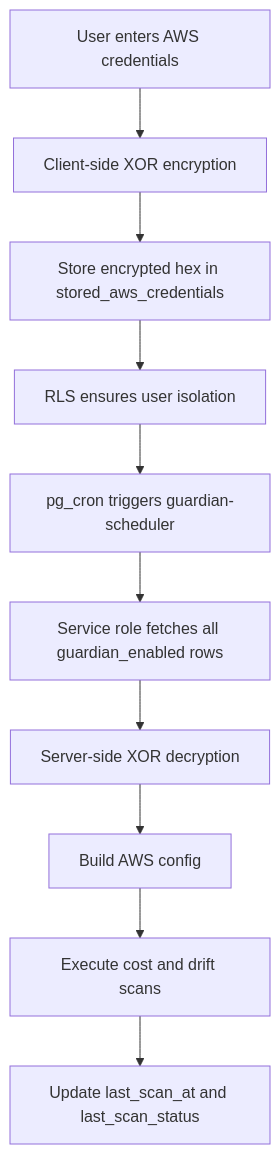
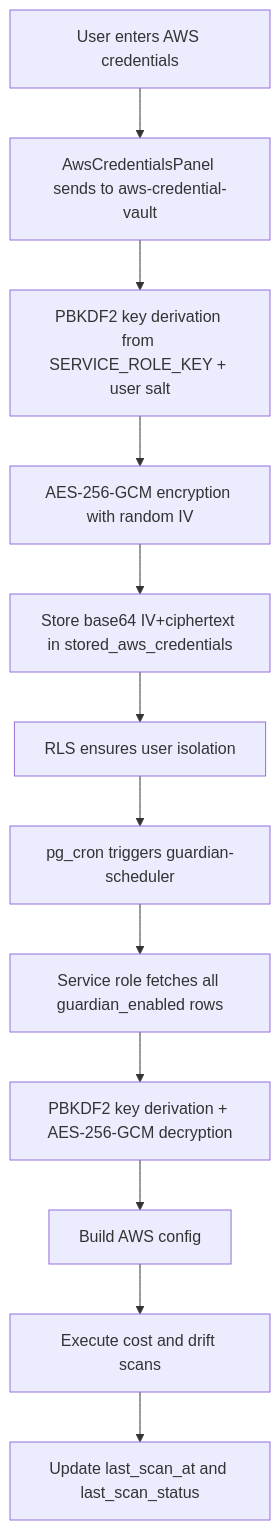
Diagram 20 of 32 in TECHNICAL_DOCUMENTATION.md (ritvikindupuri/aws-ai-agent), drawn with Mermaid before and after one commit. The commit also changed other lines of this file, not shown here.

Commit message:
Verified Mermaid docs and ops feed

````diff
--- a/TECHNICAL_DOCUMENTATION.md
+++ b/TECHNICAL_DOCUMENTATION.md
@@ -1786,12 +1786,14 @@
 ```mermaid
 flowchart TD
-    A[User enters AWS credentials] --> B[Client-side XOR encryption]
-    B --> C[Store encrypted hex in stored_aws_credentials]
-    C --> D[RLS ensures user isolation]
-    D --> E[pg_cron triggers guardian-scheduler]
-    E --> F[Service role fetches all guardian_enabled rows]
-    F --> G[Server-side XOR decryption]
-    G --> H[Build AWS config]
-    H --> I[Execute cost and drift scans]
-    I --> J[Update last_scan_at and last_scan_status]
+    A[User enters AWS credentials] --> B[AwsCredentialsPanel sends to aws-credential-vault]
+    B --> C[PBKDF2 key derivation from SERVICE_ROLE_KEY + user salt]
+    C --> D[AES-256-GCM encryption with random IV]
+    D --> E[Store base64 IV+ciphertext in stored_aws_credentials]
+    E --> F[RLS ensures user isolation]
+    F --> G[pg_cron triggers guardian-scheduler]
+    G --> H[Service role fetches all guardian_enabled rows]
+    H --> I[PBKDF2 key derivation + AES-256-GCM decryption]
+    I --> J[Build AWS config]
+    J --> K[Execute cost and drift scans]
+    K --> L[Update last_scan_at and last_scan_status]
 ```
````
